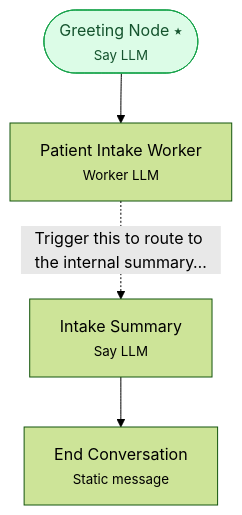
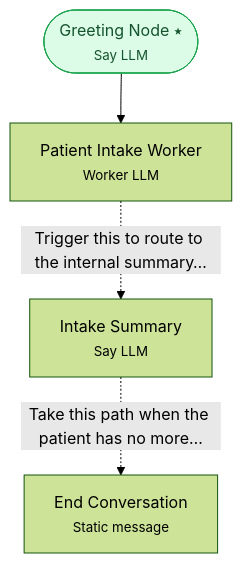
One commit to interactly-ai/workflow-sdk changed the diagram in wf_examples/wf_example_progression_4.md. Above: the diagram before and after it, drawn with Mermaid (forest theme). The commit also changed other lines of this file and 13 other files, not shown here.

````diff
--- a/wf_examples/wf_example_progression_4.md
+++ b/wf_examples/wf_example_progression_4.md
@@ -23,13 +23,13 @@
 ```mermaid
 flowchart TD
     N0(["Greeting Node ⭑<br/><small>Say LLM</small>"])
     N1["Patient Intake Worker<br/><small>Worker LLM</small>"]
     N2["Intake Summary<br/><small>Say LLM</small>"]
     N3["End Conversation<br/><small>Static message</small>"]
     N0 --> N1
     N1 -. "Trigger this to route to the internal summary…" .-> N2
-    N2 --> N3
+    N2 -. "Take this path when the patient has no more…" .-> N3
     classDef start fill:#dcfce7,stroke:#16a34a,color:#14532d;
     classDef glob fill:#ffedd5,stroke:#ea580c,color:#7c2d12;
     class N0 start;
 ```
````
